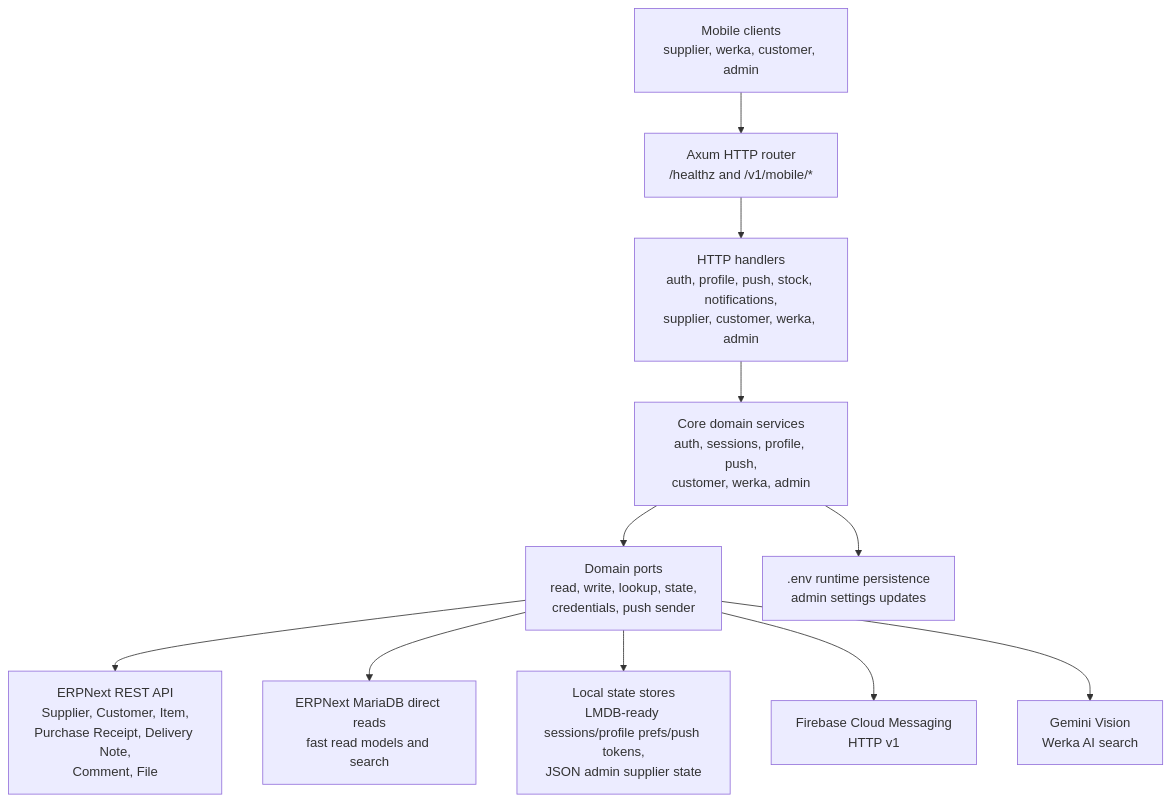
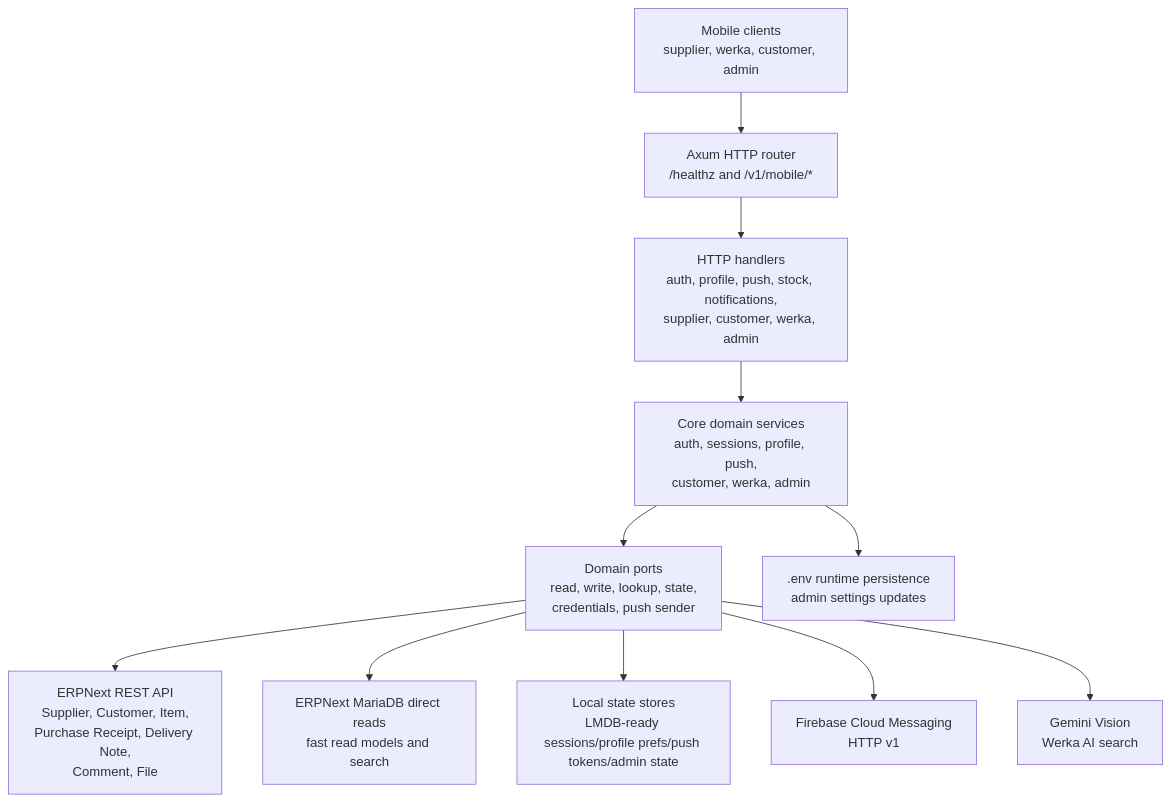
Before and after one commit to WIKKIwk/accord_mobile_server_rs: the first of 2 diagrams in README.md, drawn with Mermaid. The commit also changed other lines of this file and 3 other files, not shown here.

Commit message:
Add optional LMDB admin state store

````diff
--- a/README.md
+++ b/README.md
@@ -82,26 +82,26 @@
 ```mermaid
 flowchart TB
     Mobile[Mobile clients<br/>supplier, werka, customer, admin]
     HTTP[Axum HTTP router<br/>/healthz and /v1/mobile/*]
     Handlers[HTTP handlers<br/>auth, profile, push, stock, notifications,<br/>supplier, customer, werka, admin]
     Core[Core domain services<br/>auth, sessions, profile, push,<br/>customer, werka, admin]
     Ports[Domain ports<br/>read, write, lookup, state,<br/>credentials, push sender]
 
     ERPNext[ERPNext REST API<br/>Supplier, Customer, Item,<br/>Purchase Receipt, Delivery Note,<br/>Comment, File]
     MariaDB[ERPNext MariaDB direct reads<br/>fast read models and search]
-    LocalState[Local state stores<br/>LMDB-ready sessions/profile prefs/push tokens,<br/>JSON admin supplier state]
+    LocalState[Local state stores<br/>LMDB-ready sessions/profile prefs/push tokens/admin state]
     FCM[Firebase Cloud Messaging<br/>HTTP v1]
     Gemini[Gemini Vision<br/>Werka AI search]
     Env[.env runtime persistence<br/>admin settings updates]
 
     Mobile --> HTTP
     HTTP --> Handlers
     Handlers --> Core
     Core --> Ports
     Ports --> ERPNext
     Ports --> MariaDB
     Ports --> LocalState
     Ports --> FCM
     Ports --> Gemini
     Core --> Env
 ```
````
